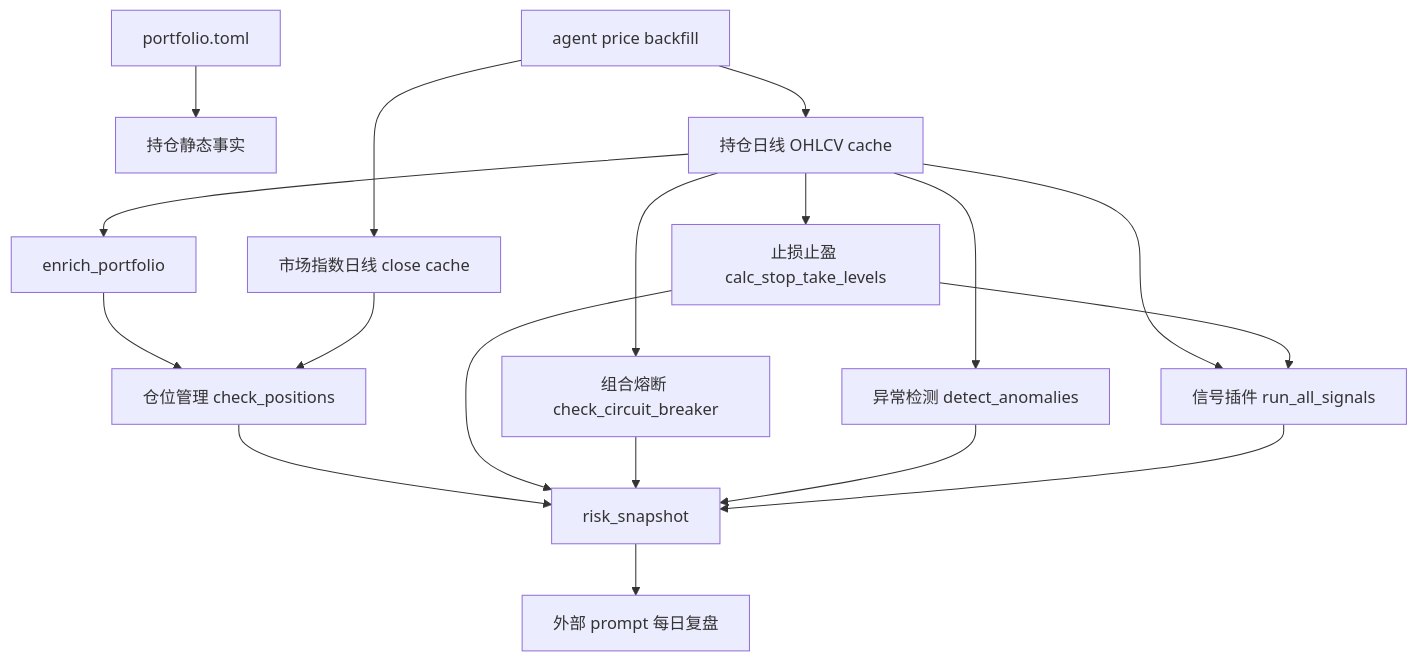
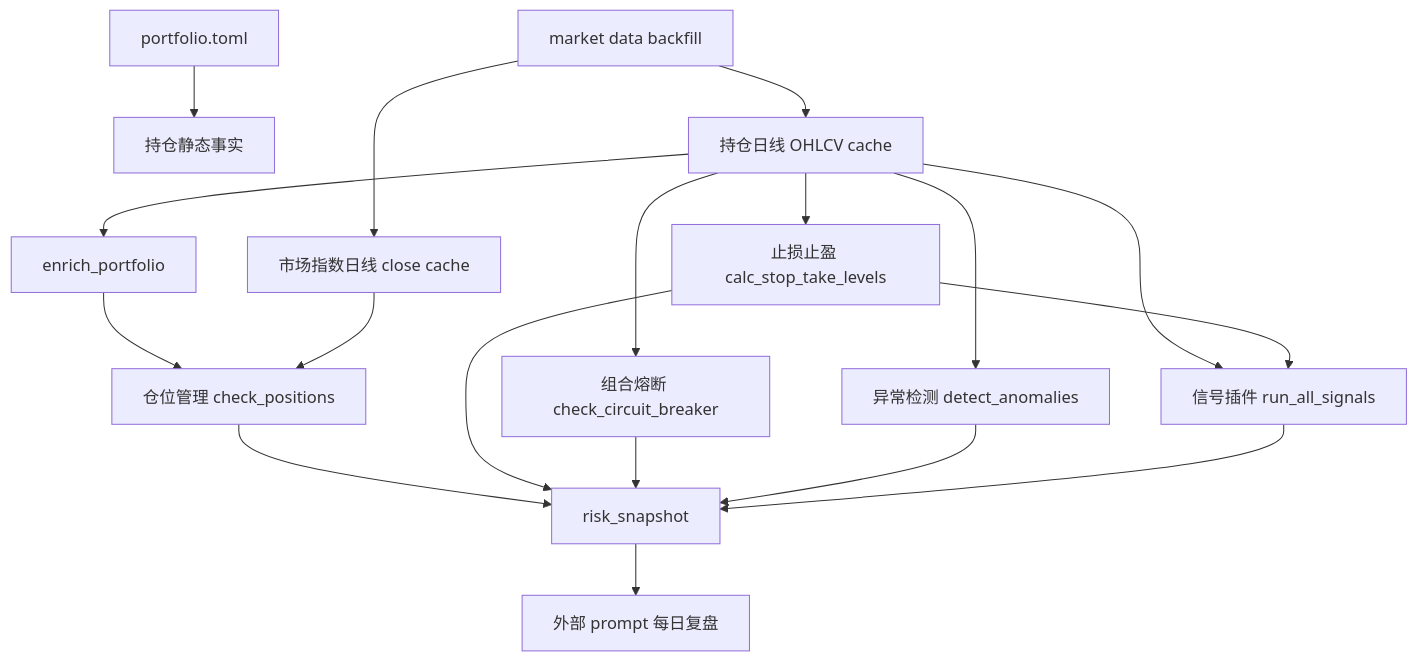
Before and after one commit to 5xgold/alpha-origin: the first of 2 diagrams in docs/risk-data-dependency-graph.md, drawn with Mermaid. The commit also changed other lines of this file and 21 other files, not shown here.

````diff
--- a/docs/risk-data-dependency-graph.md
+++ b/docs/risk-data-dependency-graph.md
@@ -15,20 +15,20 @@
 ```mermaid
 flowchart TD
     A[portfolio.toml] --> B[持仓静态事实]
-    C[agent price backfill] --> D[持仓日线 OHLCV cache]
+    C[market data backfill] --> D[持仓日线 OHLCV cache]
     C --> E[市场指数日线 close cache]
     D --> F[enrich_portfolio]
     F --> G[仓位管理 check_positions]
     E --> G
     D --> H[止损止盈 calc_stop_take_levels]
     D --> I[组合熔断 check_circuit_breaker]
     D --> J[异常检测 detect_anomalies]
     D --> K[信号插件 run_all_signals]
     H --> K
     G --> L[risk_snapshot]
     H --> L
     I --> L
     J --> L
     K --> L
     L --> M[外部 prompt 每日复盘]
 ```
````
